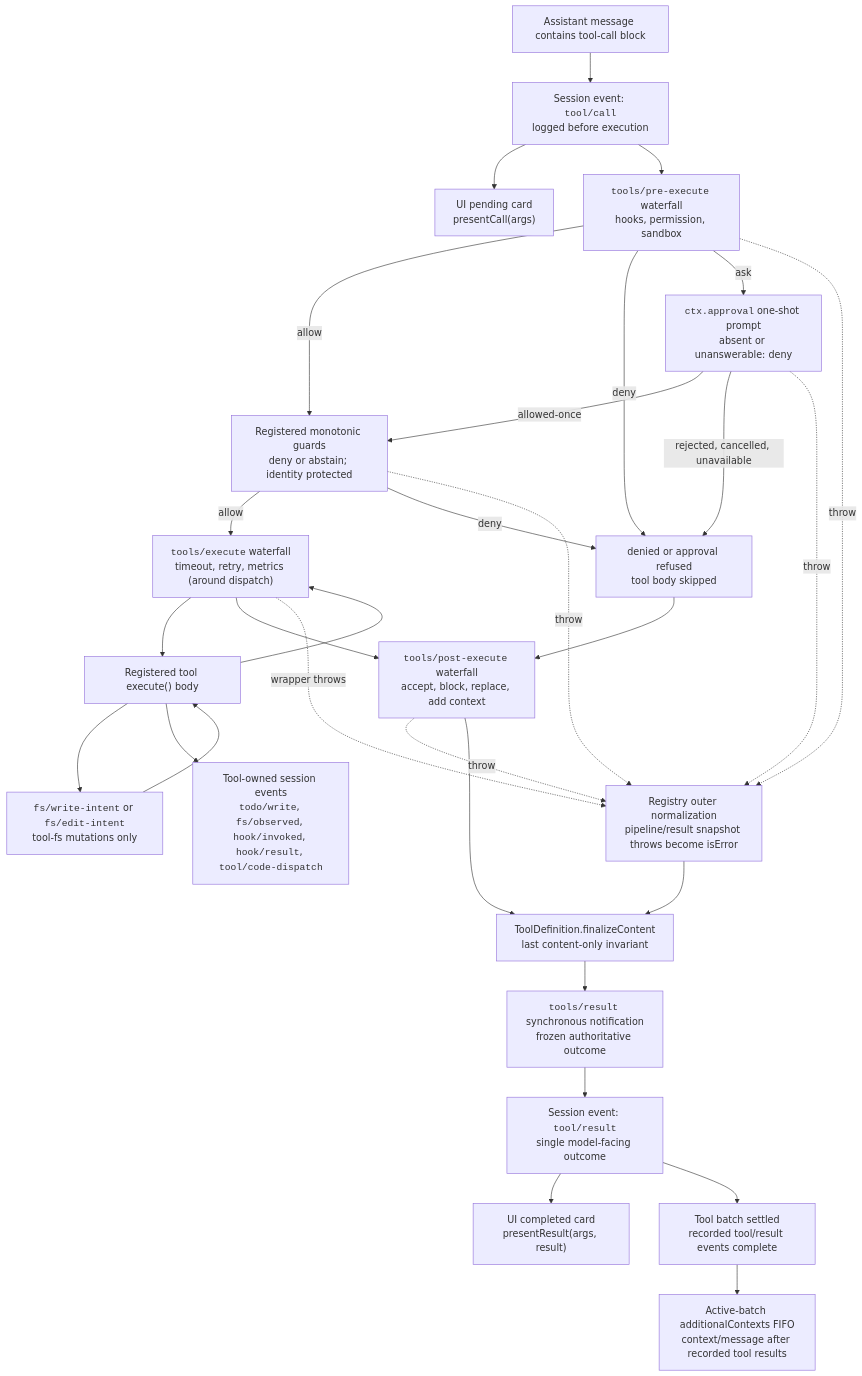
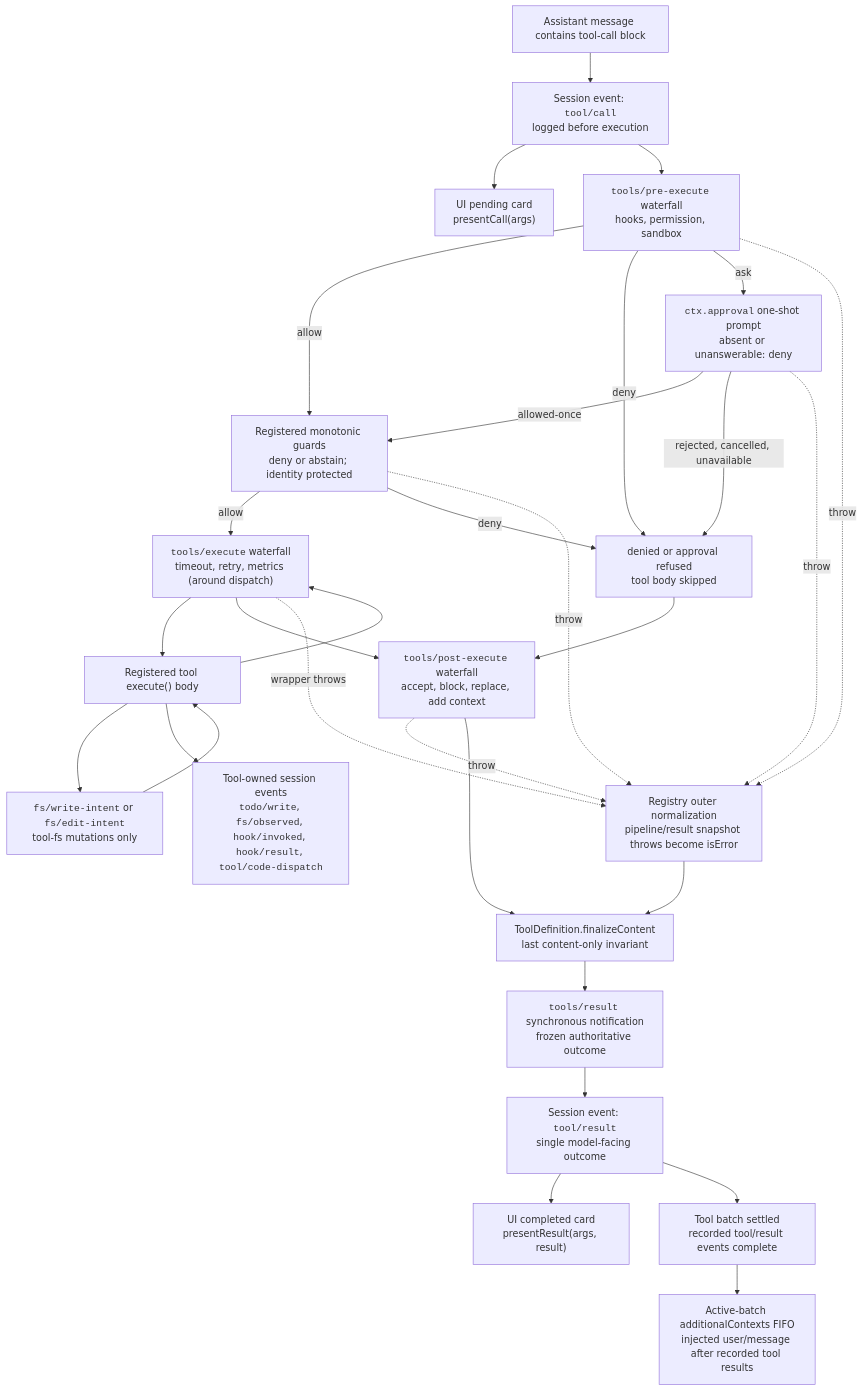
Before and after one commit to eru123/coco-harness: the diagram in docs/tool-execution-pipeline.md, drawn with Mermaid. The commit also changed 187 other files, not shown here.

````diff
--- a/docs/tool-execution-pipeline.md
+++ b/docs/tool-execution-pipeline.md
@@ -8,51 +8,51 @@
 ```mermaid
 flowchart TD
   model["Assistant message contains tool-call block"]
   toolCall["Session event: <code>tool/call</code><br/>logged before execution"]
   presentCall["UI pending card<br/>presentCall(args)"]
   pre["<code>tools/pre-execute</code> waterfall<br/>hooks, permission, sandbox"]
   guards["Registered monotonic guards<br/>deny or abstain; identity protected"]
   denied["denied or approval refused<br/>tool body skipped"]
   approval["<code>ctx.approval</code> one-shot prompt<br/>absent or unanswerable: deny"]
   around["<code>tools/execute</code> waterfall<br/>timeout, retry, metrics (around dispatch)"]
   toolBody["Registered tool execute() body"]
   fsGate["<code>fs/write-intent</code> or <code>fs/edit-intent</code><br/>tool-fs mutations only"]
   owned["Tool-owned session events<br/><code>todo/write</code>, <code>fs/observed</code>, <code>hook/invoked</code>, <code>hook/result</code>, <code>tool/code-dispatch</code>"]
   post["<code>tools/post-execute</code> waterfall<br/>accept, block, replace, add context"]
   normalized["Registry outer normalization<br/>pipeline/result snapshot throws become isError"]
   finalize["ToolDefinition.finalizeContent<br/>last content-only invariant"]
   final["<code>tools/result</code> synchronous notification<br/>frozen authoritative outcome"]
-  context["Active-batch additionalContexts FIFO<br/>context/message after recorded tool results"]
+  context["Active-batch additionalContexts FIFO<br/>injected user/message after recorded tool results"]
   toolResult["Session event: <code>tool/result</code><br/>single model-facing outcome"]
   allResults["Tool batch settled<br/>recorded tool/result events complete"]
   presentResult["UI completed card<br/>presentResult(args, result)"]
   model --> toolCall
   toolCall --> presentCall
   toolCall --> pre
   pre -->|allow| guards
   guards -->|allow| around
   guards -->|deny| denied
   guards -.->|throw| normalized
   around --> toolBody
   pre -->|deny| denied
   pre -->|ask| approval
   approval -->|allowed-once| guards
   approval -->|rejected, cancelled, unavailable| denied
   approval -.->|throw| normalized
   denied --> post
   pre -.->|throw| normalized
   toolBody --> fsGate
   fsGate --> toolBody
   toolBody --> owned
   toolBody --> around
   around --> post
   around -.->|wrapper throws| normalized
   post -.->|throw| normalized
   post --> finalize
   normalized --> finalize
   finalize --> final
   final --> toolResult
   toolResult --> presentResult
   toolResult --> allResults
   allResults --> context
 ```
````
